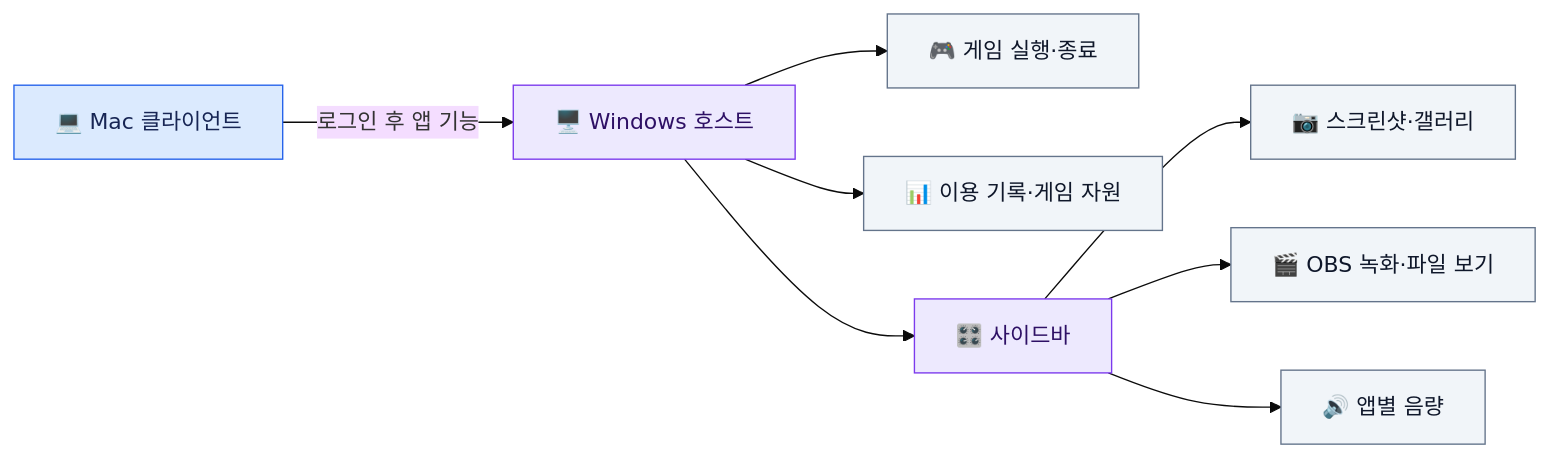
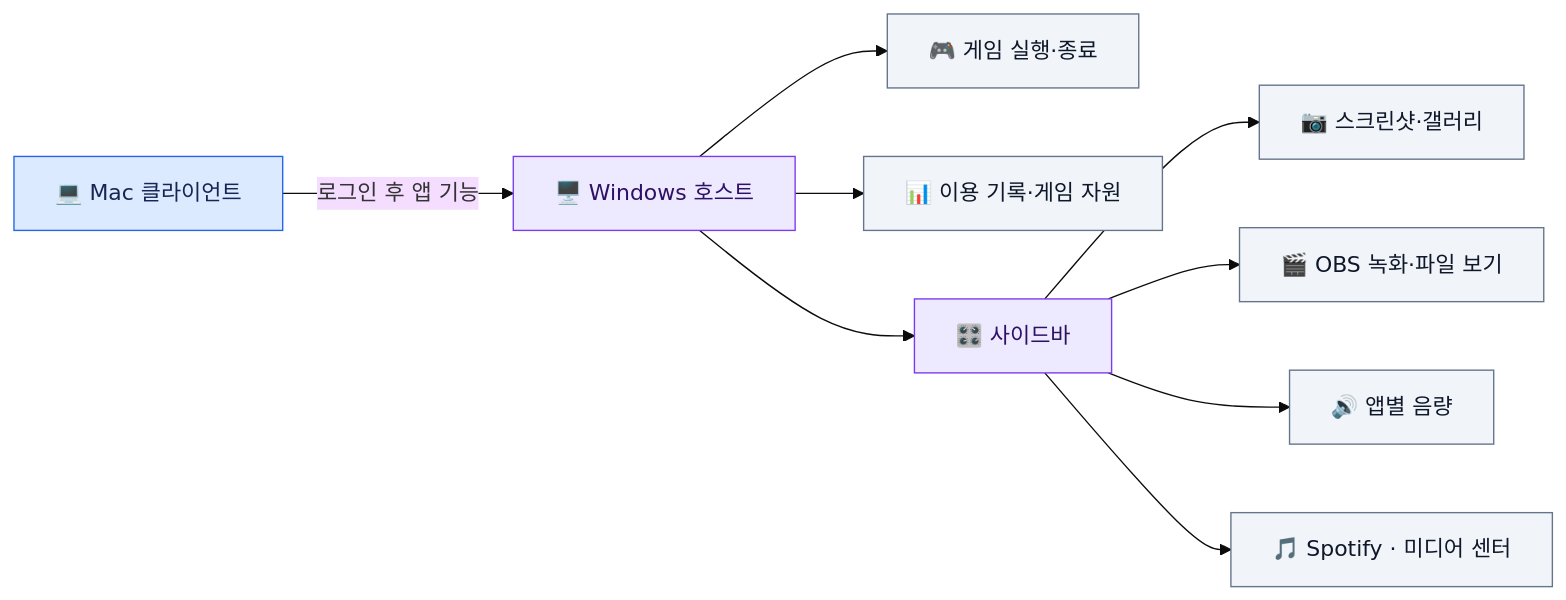
Before and after one commit to lsh930309/HomeworkHelperServer: the first of 2 diagrams in README.md, drawn with Mermaid (base theme). The commit also changed other lines of this file and 11 other files, not shown here.

````diff
--- a/README.md
+++ b/README.md
@@ -10,16 +10,17 @@
 ```mermaid
 flowchart LR
     Mac["💻 Mac 클라이언트"] -->|"로그인 후 앱 기능"| Host["🖥️ Windows 호스트"]
     Host --> Games["🎮 게임 실행·종료"]
     Host --> Data["📊 이용 기록·게임 자원"]
     Host --> Sidebar["🎛️ 사이드바"]
     Sidebar --> Capture["📷 스크린샷·갤러리"]
     Sidebar --> OBS["🎬 OBS 녹화·파일 보기"]
     Sidebar --> Audio["🔊 앱별 음량"]
+    Sidebar --> Media["🎵 Spotify · 미디어 센터"]
     classDef client fill:#dbeafe,stroke:#2563eb,color:#172554
     classDef host fill:#ede9fe,stroke:#7c3aed,color:#2e1065
     classDef feature fill:#f1f5f9,stroke:#64748b,color:#0f172a
     class Mac client
     class Host,Sidebar host
-    class Games,Data,Capture,OBS,Audio feature
+    class Games,Data,Capture,OBS,Audio,Media feature
 ```
````
